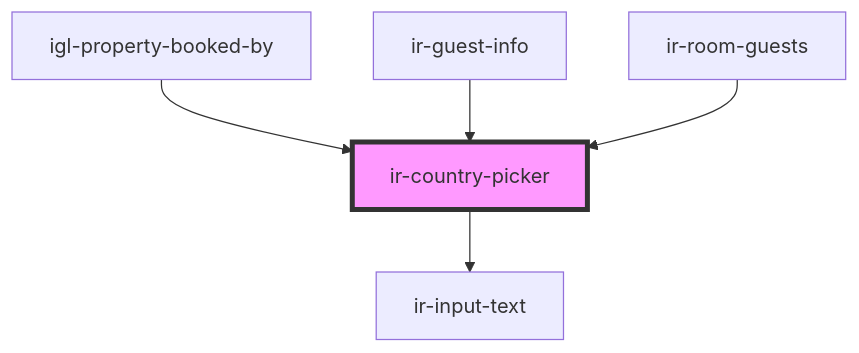
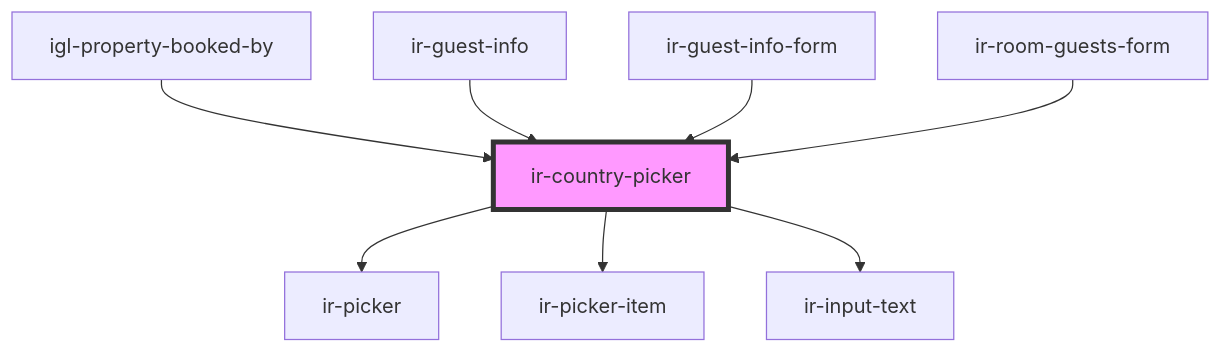
Before and after one commit to RonyRizk/ir-webcmp: the diagram in src/components/ui/ir-country-picker/readme.md, drawn with Mermaid. The commit also changed other lines of this file and 433 other files, not shown here.

````diff
--- a/src/components/ui/ir-country-picker/readme.md
+++ b/src/components/ui/ir-country-picker/readme.md
@@ -41,8 +46,11 @@
 ```mermaid
 graph TD;
+  ir-country-picker --> ir-picker
+  ir-country-picker --> ir-picker-item
   ir-country-picker --> ir-input-text
   igl-property-booked-by --> ir-country-picker
   ir-guest-info --> ir-country-picker
-  ir-room-guests --> ir-country-picker
+  ir-guest-info-form --> ir-country-picker
+  ir-room-guests-form --> ir-country-picker
   style ir-country-picker fill:#f9f,stroke:#333,stroke-width:4px
 ```
````
